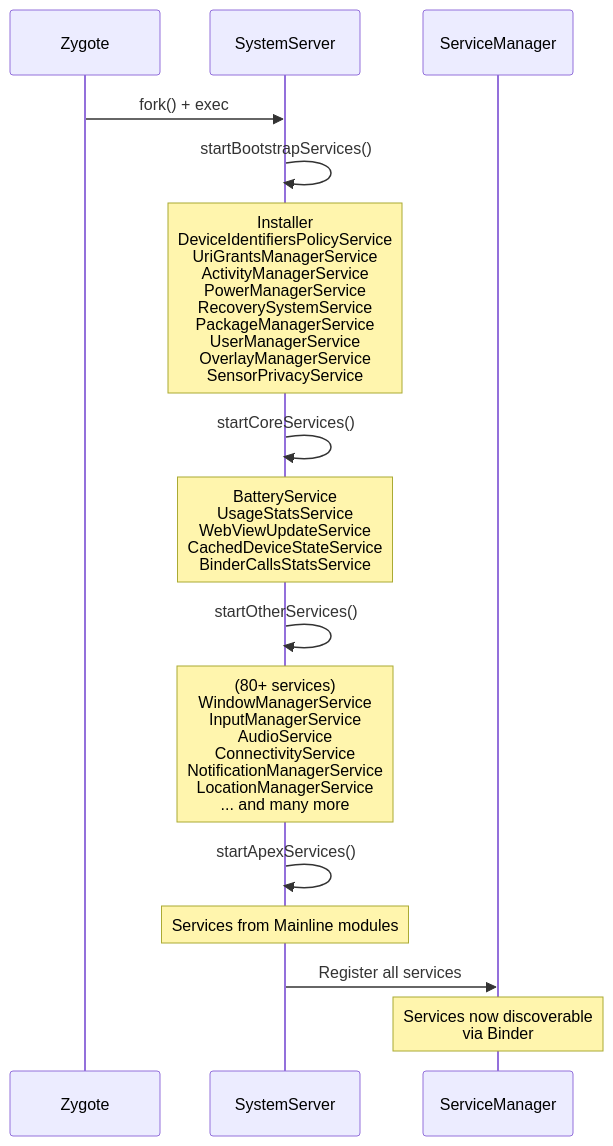
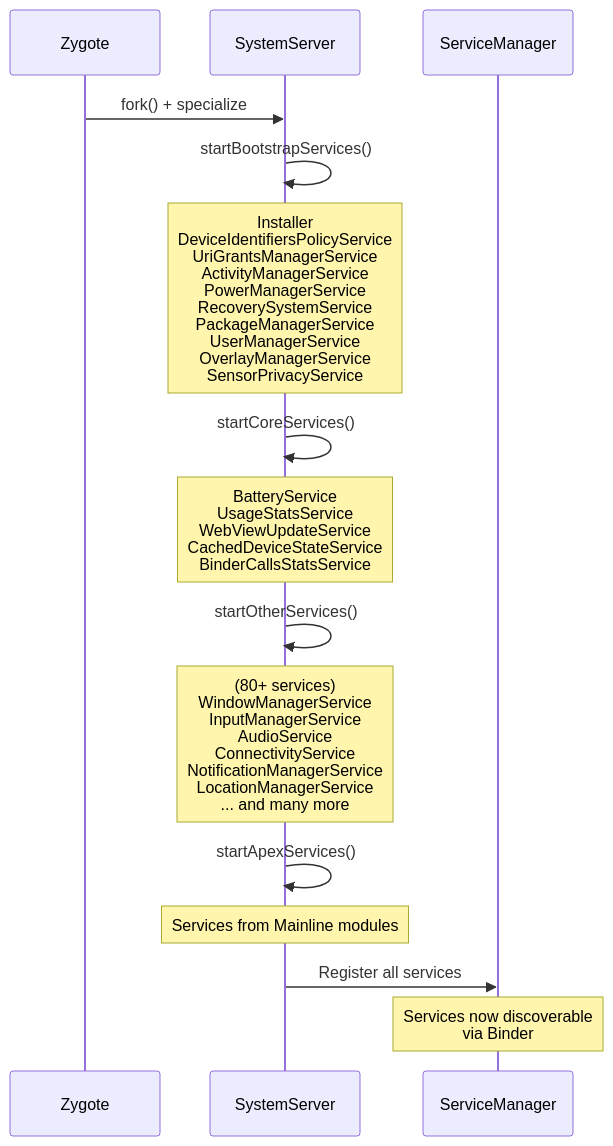
The tenth of 21 diagrams in agents/claude/skills/aosp-getting-started/01-introduction.md (aospbooks/aosp-internal-book), drawn with Mermaid before and after one commit. The commit also changed other lines of this file and 218 other files, not shown here.

````diff
--- a/agents/claude/skills/aosp-getting-started/01-introduction.md
+++ b/agents/claude/skills/aosp-getting-started/01-introduction.md
@@ -857,22 +859,22 @@
 ```mermaid
 sequenceDiagram
     participant Z as Zygote
     participant SS as SystemServer
     participant SM as ServiceManager
 
-    Z->>SS: fork() + exec
+    Z->>SS: fork() + specialize
     SS->>SS: startBootstrapServices()
     Note over SS: Installer<br/>DeviceIdentifiersPolicyService<br/>UriGrantsManagerService<br/>ActivityManagerService<br/>PowerManagerService<br/>RecoverySystemService<br/>PackageManagerService<br/>UserManagerService<br/>OverlayManagerService<br/>SensorPrivacyService
 
     SS->>SS: startCoreServices()
     Note over SS: BatteryService<br/>UsageStatsService<br/>WebViewUpdateService<br/>CachedDeviceStateService<br/>BinderCallsStatsService
 
     SS->>SS: startOtherServices()
     Note over SS: (80+ services)<br/>WindowManagerService<br/>InputManagerService<br/>AudioService<br/>ConnectivityService<br/>NotificationManagerService<br/>LocationManagerService<br/>... and many more
 
     SS->>SS: startApexServices()
     Note over SS: Services from Mainline modules
 
     SS->>SM: Register all services
     Note over SM: Services now discoverable<br/>via Binder
 ```
````
